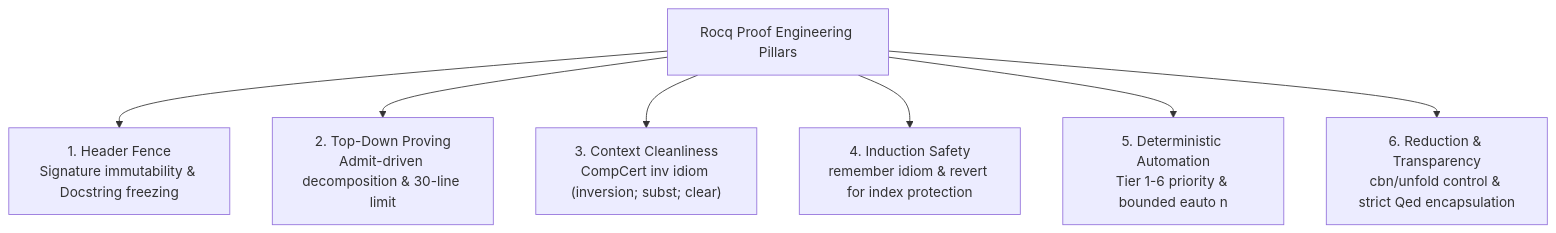
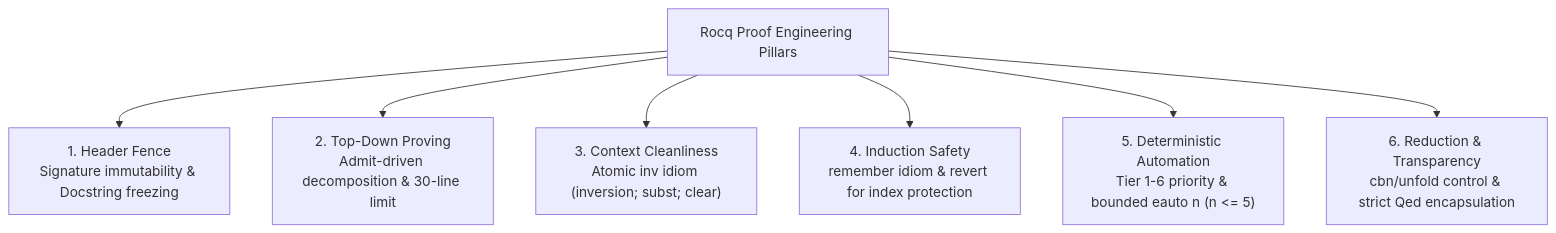
One commit to MI-1222/rocq-ltac-skills changed the first of 2 diagrams in skills/rocq-ltac-best-practice/SKILL.md. Above: the diagram before and after it, drawn with Mermaid. The commit also changed other lines of this file and 6 other files, not shown here.

````diff
--- a/skills/rocq-ltac-best-practice/SKILL.md
+++ b/skills/rocq-ltac-best-practice/SKILL.md
@@ -34,10 +34,10 @@
 ```mermaid
 graph TD
   Root["Rocq Proof Engineering Pillars"]
   Root --> P1["1. Header Fence<br/>Signature immutability & Docstring freezing"]
   Root --> P2["2. Top-Down Proving<br/>Admit-driven decomposition & 30-line limit"]
-  Root --> P3["3. Context Cleanliness<br/>CompCert inv idiom (inversion; subst; clear)"]
+  Root --> P3["3. Context Cleanliness<br/>Atomic inv idiom (inversion; subst; clear)"]
   Root --> P4["4. Induction Safety<br/>remember idiom & revert for index protection"]
-  Root --> P5["5. Deterministic Automation<br/>Tier 1-6 priority & bounded eauto n"]
+  Root --> P5["5. Deterministic Automation<br/>Tier 1-6 priority & bounded eauto n (n <= 5)"]
   Root --> P6["6. Reduction & Transparency<br/>cbn/unfold control & strict Qed encapsulation"]
 ```
````
